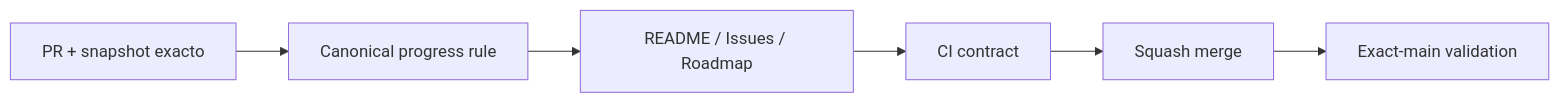
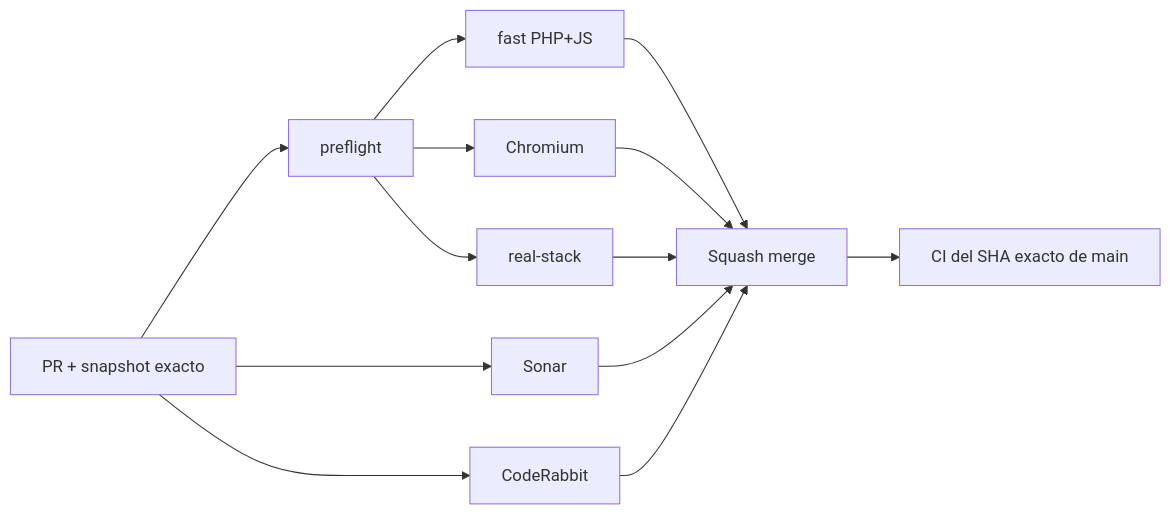
Before and after one commit to pl0n3r/brvtal: the diagram in README.md, drawn with Mermaid. The commit also changed other lines of this file, not shown here.

Commit message:
docs: snapshot DISCADMIN navigation deploy

````diff
--- a/README.md
+++ b/README.md
@@ -48,8 +49,15 @@
 ```mermaid
 flowchart LR
- A["PR + snapshot exacto"] --> R["Canonical progress rule"]
- R --> T["README / Issues / Roadmap"]
- T --> C["CI contract"]
- C --> M["Squash merge"]
- M --> X["Exact-main validation"]
+ A["PR + snapshot exacto"] --> P["preflight"]
+ P --> F["fast PHP+JS"]
+ P --> B["Chromium"]
+ P --> R["real-stack"]
+ A --> S["Sonar"]
+ A --> C["CodeRabbit"]
+ F --> M["Squash merge"]
+ B --> M
+ R --> M
+ S --> M
+ C --> M
+ M --> X["CI del SHA exacto de main"]
 ```
````
